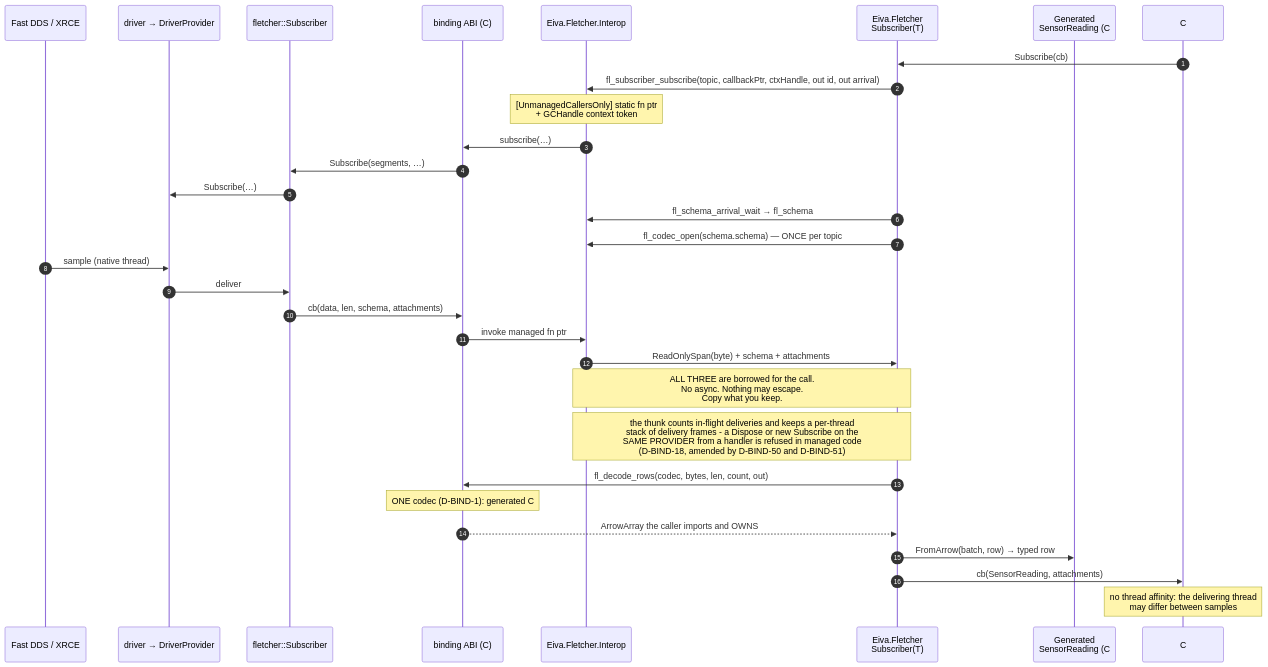
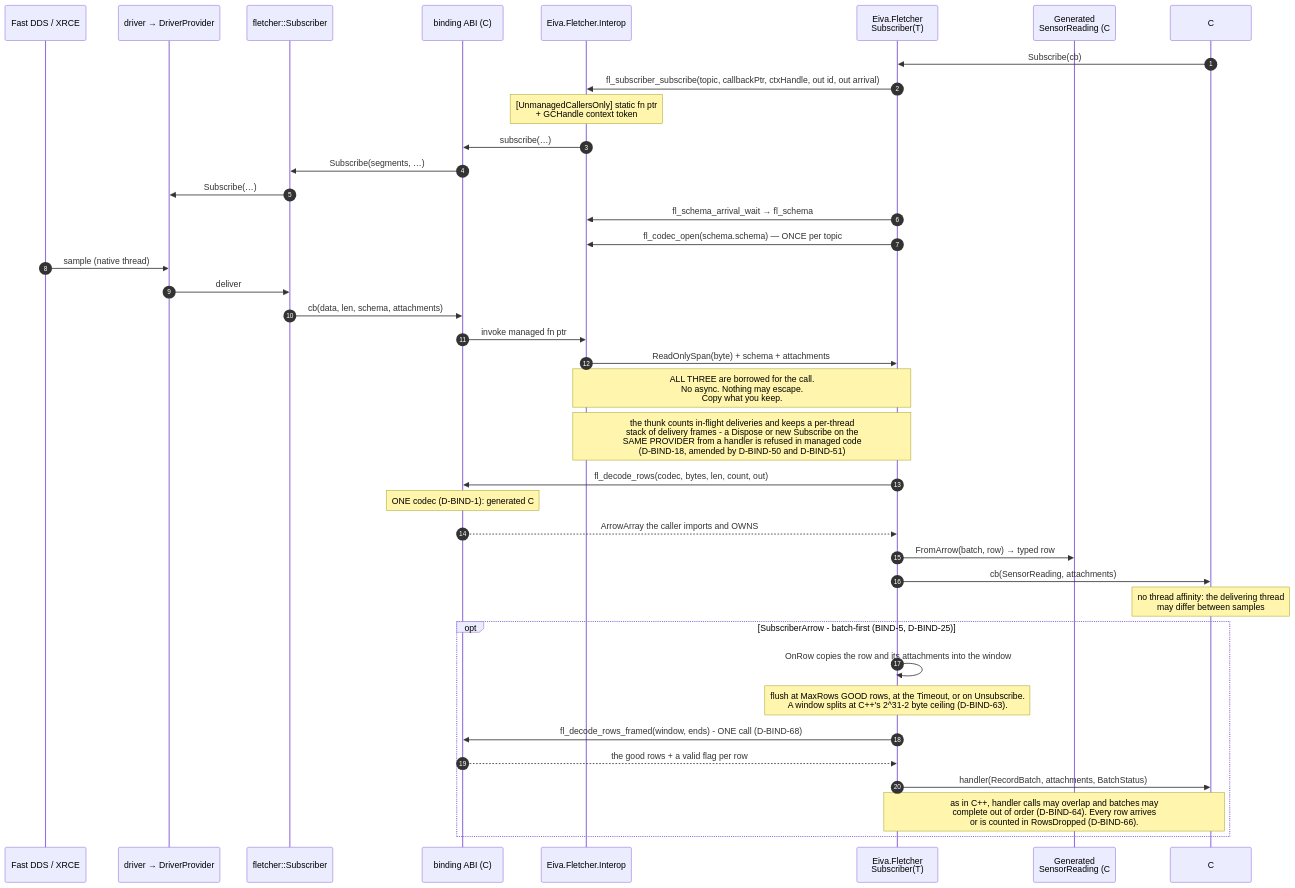
Before and after one commit to eivacom/Fletcher: the eighth of 9 diagrams in plans/BIND-architecture-diagrams.md, drawn with Mermaid. The commit also changed other lines of this file and 1 other file, not shown here.

First line of the commit message:
BIND-C#: bring the architecture diagrams up to date for BIND-5 (review Q5)

````diff
--- a/plans/BIND-architecture-diagrams.md
+++ b/plans/BIND-architecture-diagrams.md
@@ -482,35 +490,44 @@
 ```mermaid
 sequenceDiagram
     autonumber
     participant Net as Fast DDS / XRCE
     participant Drv as driver → DriverProvider
     participant Cpp as fletcher::Subscriber
     participant ABI as binding ABI (C)
     participant Int as Eiva.Fletcher.Interop
     participant CsSub as Eiva.Fletcher<br/>Subscriber(T)
     participant Gen as Generated<br/>SensorReading (C#)
     participant App as C# app
 
     App->>CsSub: Subscribe(cb)
     CsSub->>Int: fl_subscriber_subscribe(topic, callbackPtr, ctxHandle, out id, out arrival)
     Note over Int: [UnmanagedCallersOnly] static fn ptr<br/>+ GCHandle context token
     Int->>ABI: subscribe(…)
     ABI->>Cpp: Subscribe(segments, …)
     Cpp->>Drv: Subscribe(…)
     CsSub->>Int: fl_schema_arrival_wait → fl_schema
     CsSub->>Int: fl_codec_open(schema.schema) — ONCE per topic
 
     Net->>Drv: sample (native thread)
     Drv->>Cpp: deliver
     Cpp->>ABI: cb(data, len, schema, attachments)
     ABI->>Int: invoke managed fn ptr
     Int->>CsSub: ReadOnlySpan(byte) + schema + attachments
     Note over Int,CsSub: ALL THREE are borrowed for the call.<br/>No async. Nothing may escape.<br/>Copy what you keep.
     Note over Int,CsSub: the thunk counts in-flight deliveries and keeps a per-thread<br/>stack of delivery frames - a Dispose or new Subscribe on the<br/>SAME PROVIDER from a handler is refused in managed code<br/>(D-BIND-18, amended by D-BIND-50 and D-BIND-51)
     CsSub->>ABI: fl_decode_rows(codec, bytes, len, count, out)
     Note over ABI: ONE codec (D-BIND-1): generated C# reads and writes NO wire bytes.<br/>Decode touches no provider and takes no lock the delivery path holds,<br/>so it is callable from INSIDE this callback — which is where a subscriber wants it.
     ABI-->>CsSub: ArrowArray the caller imports and OWNS
     CsSub->>Gen: FromArrow(batch, row) → typed row
     CsSub->>App: cb(SensorReading, attachments)
     Note over App: no thread affinity: the delivering thread<br/>may differ between samples
+
+    opt SubscriberArrow - batch-first (BIND-5, D-BIND-25)
+        CsSub->>CsSub: OnRow copies the row and its attachments into the window
+        Note over CsSub: flush at MaxRows GOOD rows, at the Timeout, or on Unsubscribe.<br/>A window splits at C++'s 2^31-2 byte ceiling (D-BIND-63).
+        CsSub->>ABI: fl_decode_rows_framed(window, ends) - ONE call (D-BIND-68)
+        ABI-->>CsSub: the good rows + a valid flag per row
+        CsSub->>App: handler(RecordBatch, attachments, BatchStatus)
+        Note over CsSub,App: as in C++, handler calls may overlap and batches may<br/>complete out of order (D-BIND-64). Every row arrives<br/>or is counted in RowsDropped (D-BIND-66).
+    end
 ```
````
